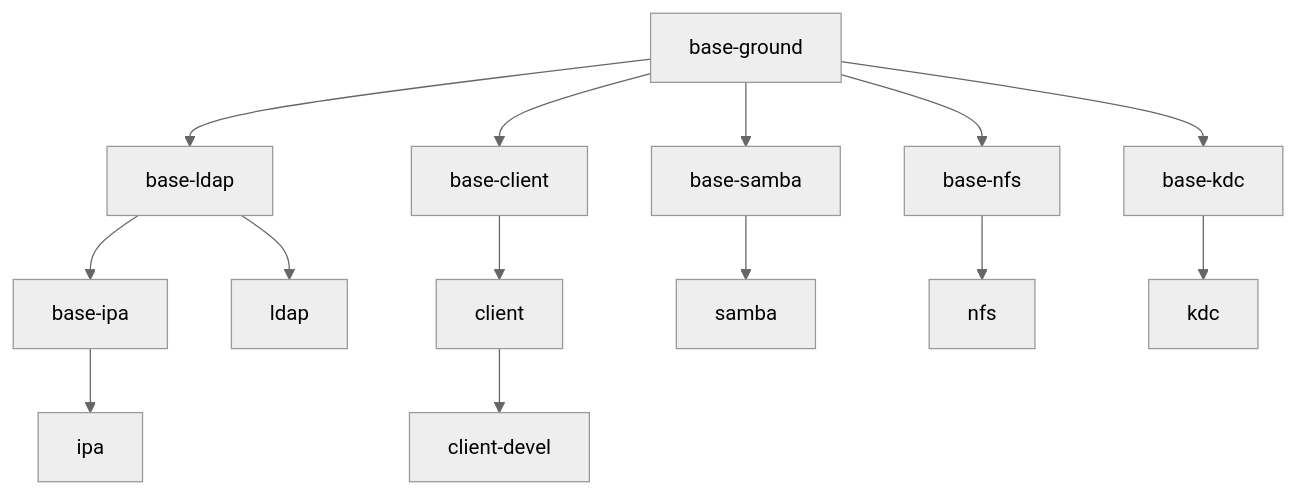
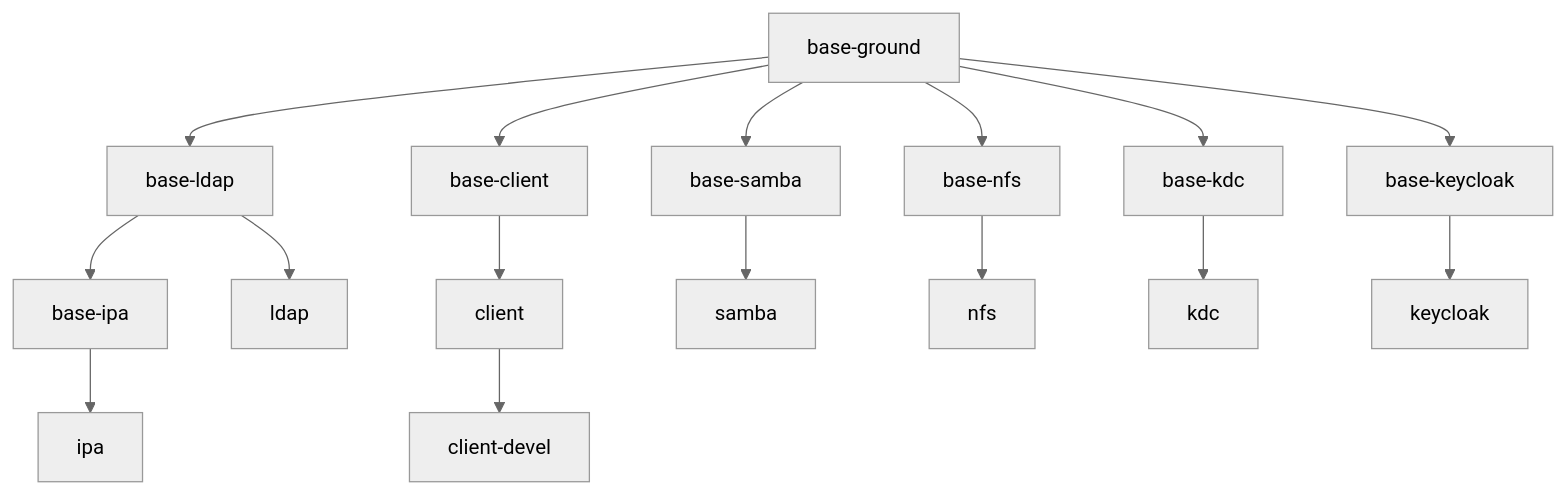
Before and after one commit to SSSD/sssd-ci-containers: the diagram in readme.md, drawn with Mermaid (neutral theme). The commit also changed other lines of this file and 28 other files, not shown here.

````diff
--- a/readme.md
+++ b/readme.md
@@ -274,22 +275,25 @@
 ```mermaid
   flowchart TD
     base-ground --> base-ldap
     base-ground --> base-client
     base-ground --> base-samba
     base-ground --> base-nfs
     base-ground --> base-kdc
+    base-ground --> base-keycloak
 
     base-ldap --> base-ipa
     base-ldap --> ldap
 
     base-ipa --> ipa
 
     base-client --> client
     client --> client-devel
 
     base-samba --> samba
 
     base-nfs --> nfs
 
     base-kdc --> kdc
+
+    base-keycloak --> keycloak
 ```
````
